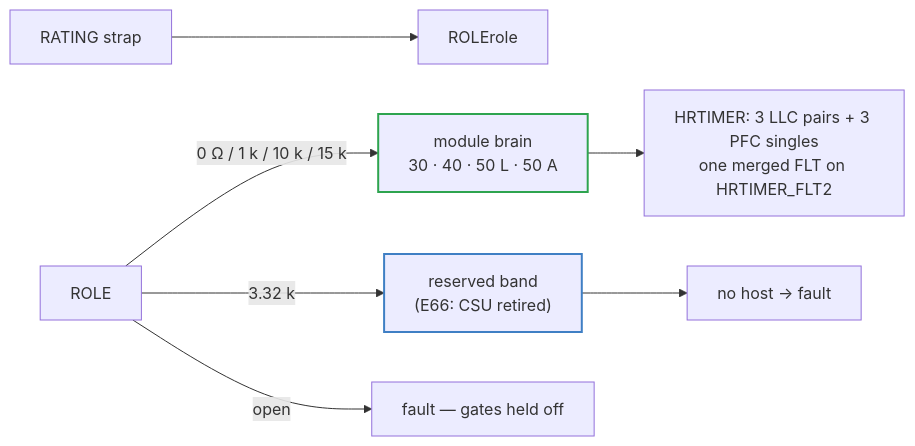
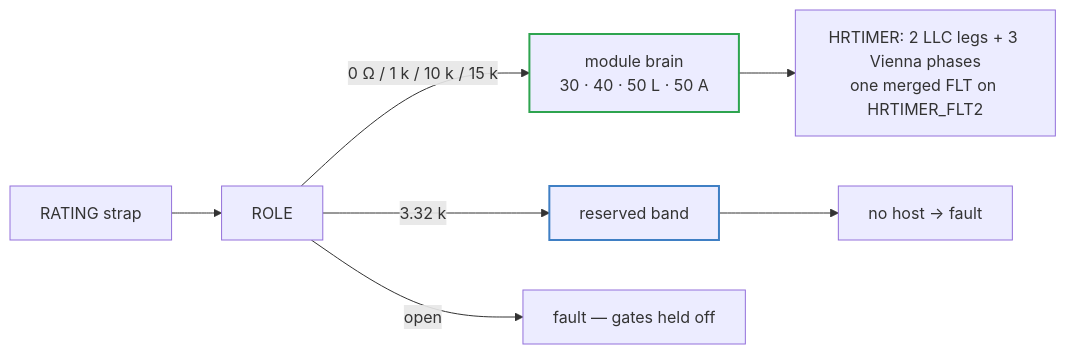
Before and after one commit to vectivolt/DC-Modules: the second of 2 diagrams in docs/control-card-scope.md, drawn with Mermaid. The commit also changed other lines of this file and 802 other files, not shown here.

````diff
--- a/docs/control-card-scope.md
+++ b/docs/control-card-scope.md
@@ -48,11 +42,11 @@
 ```mermaid
 flowchart LR
-  STRAP["RATING strap"] --> ROLErole
+  STRAP["RATING strap"] --> ROLE
   ROLE -- "0 Ω / 1 k / 10 k / 15 k" --> MOD["module brain<br/>30 · 40 · 50 L · 50 A"]
-  ROLE -- "3.32 k" --> CSU["reserved band<br/>(E66: CSU retired)"]
+  ROLE -- "3.32 k" --> RES["reserved band"]
   ROLE -- "open" --> FAULT["fault — gates held off"]
-  MOD --> HR["HRTIMER: 3 LLC pairs + 3 PFC singles<br/>one merged FLT on HRTIMER_FLT2"]
-  CSU --> CAN["no host → fault"]
+  MOD --> HR["HRTIMER: 2 LLC legs + 3 Vienna phases<br/>one merged FLT on HRTIMER_FLT2"]
+  RES --> CAN["no host → fault"]
   style MOD stroke:#2ea44f,stroke-width:2px
-  style CSU stroke:#3f7fc4,stroke-width:2px
+  style RES stroke:#3f7fc4,stroke-width:2px
 ```
````
